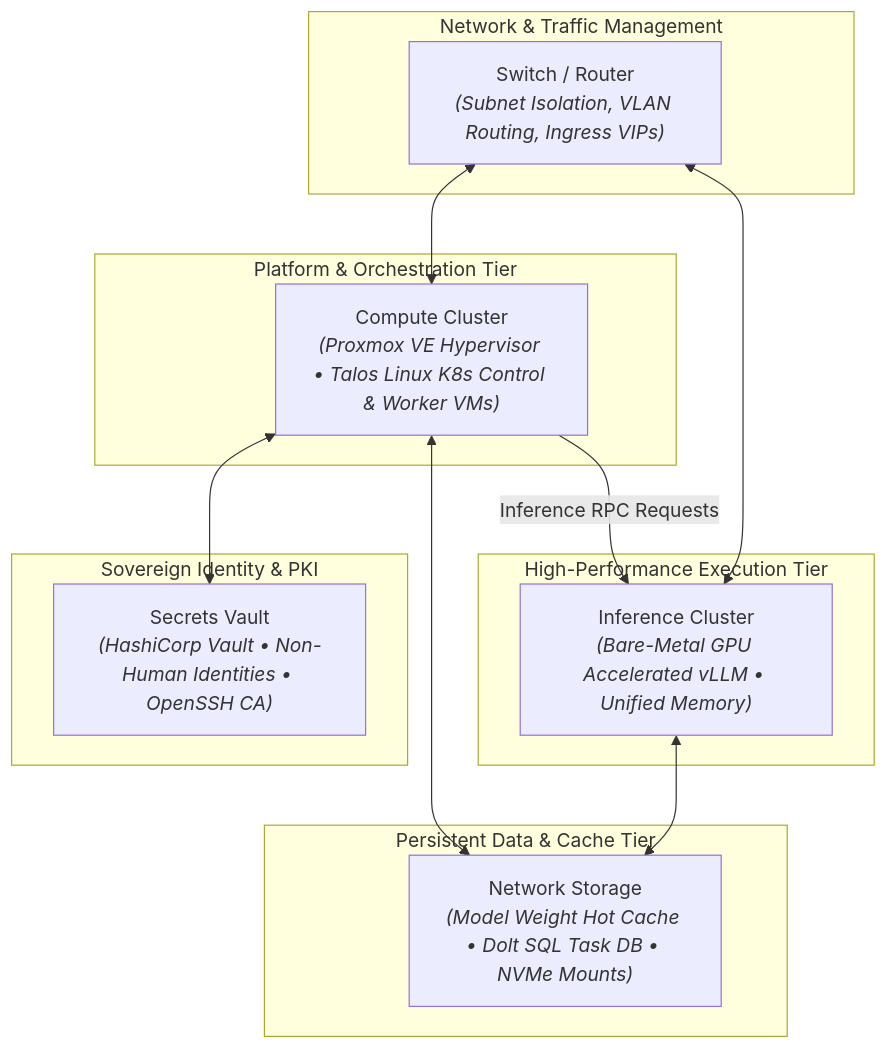
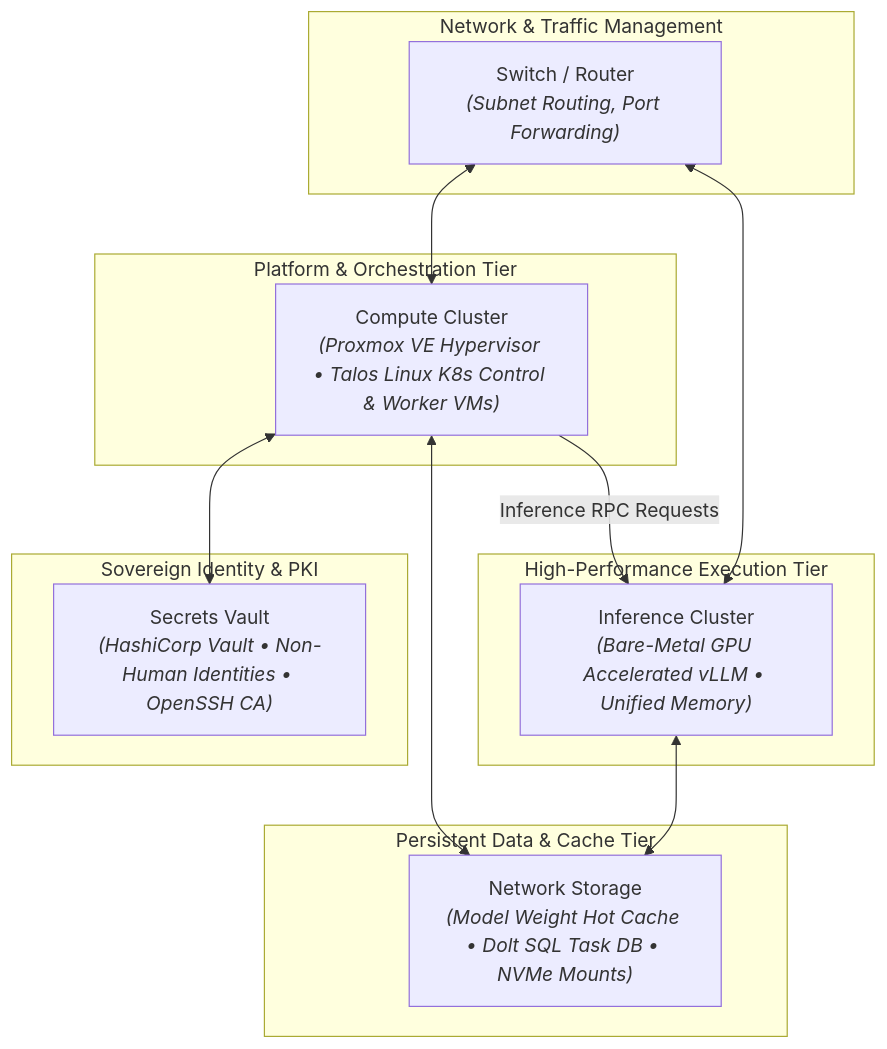
The diagram in README.md (chalko/suitcase-ai), drawn with Mermaid before and after one commit. The commit also changed other lines of this file, not shown here.

````diff
--- a/README.md
+++ b/README.md
@@ -28,29 +26,29 @@
 ```mermaid
 flowchart TD
     subgraph Network["Network & Traffic Management"]
-        SwitchRouter["Switch / Router<br/><i>(Subnet Isolation, VLAN Routing, Ingress VIPs)</i>"]
+        SwitchRouter["Switch / Router<br/><i>(Subnet Routing, Port Forwarding)</i>"]
     end
 
     subgraph Security["Sovereign Identity & PKI"]
         SecretsVault["Secrets Vault<br/><i>(HashiCorp Vault • Non-Human Identities • OpenSSH CA)</i>"]
     end
 
     subgraph Compute["Platform & Orchestration Tier"]
         ComputeCluster["Compute Cluster<br/><i>(Proxmox VE Hypervisor • Talos Linux K8s Control & Worker VMs)</i>"]
     end
 
     subgraph Inference["High-Performance Execution Tier"]
         InferenceCluster["Inference Cluster<br/><i>(Bare-Metal GPU Accelerated vLLM • Unified Memory)</i>"]
     end
 
     subgraph Storage["Persistent Data & Cache Tier"]
         NetworkStorage["Network Storage<br/><i>(Model Weight Hot Cache • Dolt SQL Task DB • NVMe Mounts)</i>"]
     end
 
     SwitchRouter <--> ComputeCluster
     SwitchRouter <--> InferenceCluster
     ComputeCluster <--> SecretsVault
     ComputeCluster <--> NetworkStorage
     ComputeCluster -->|Inference RPC Requests| InferenceCluster
     InferenceCluster <--> NetworkStorage
 ```
````
